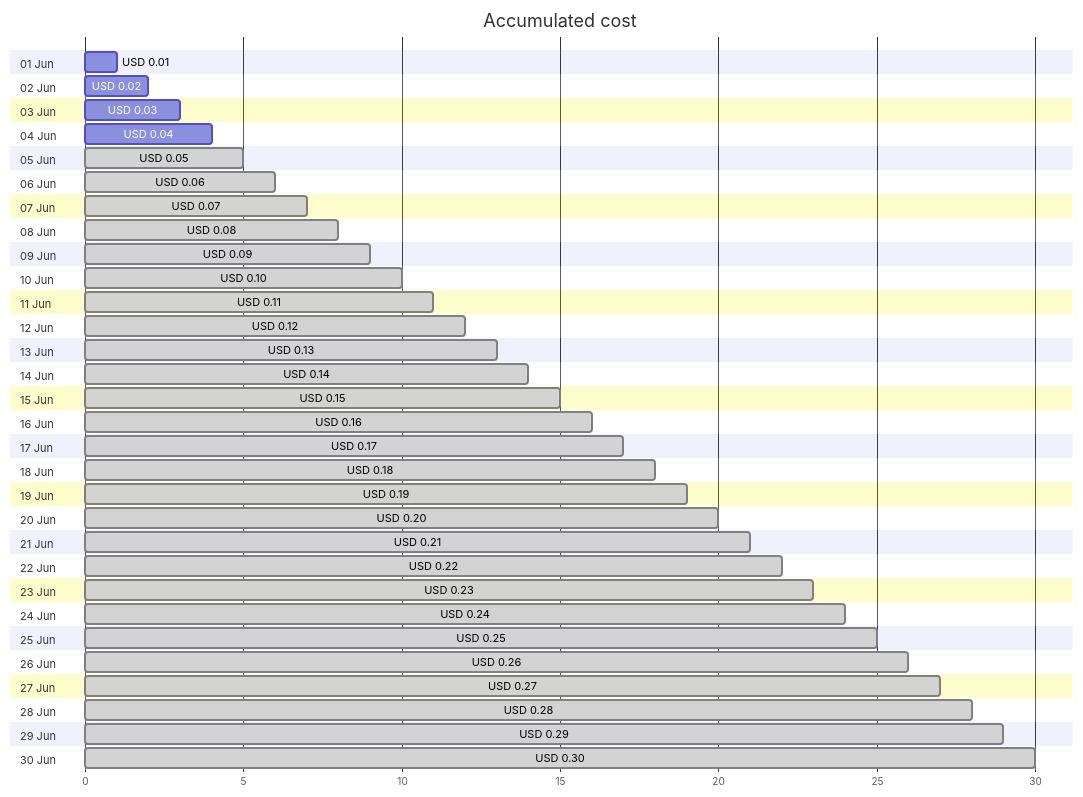
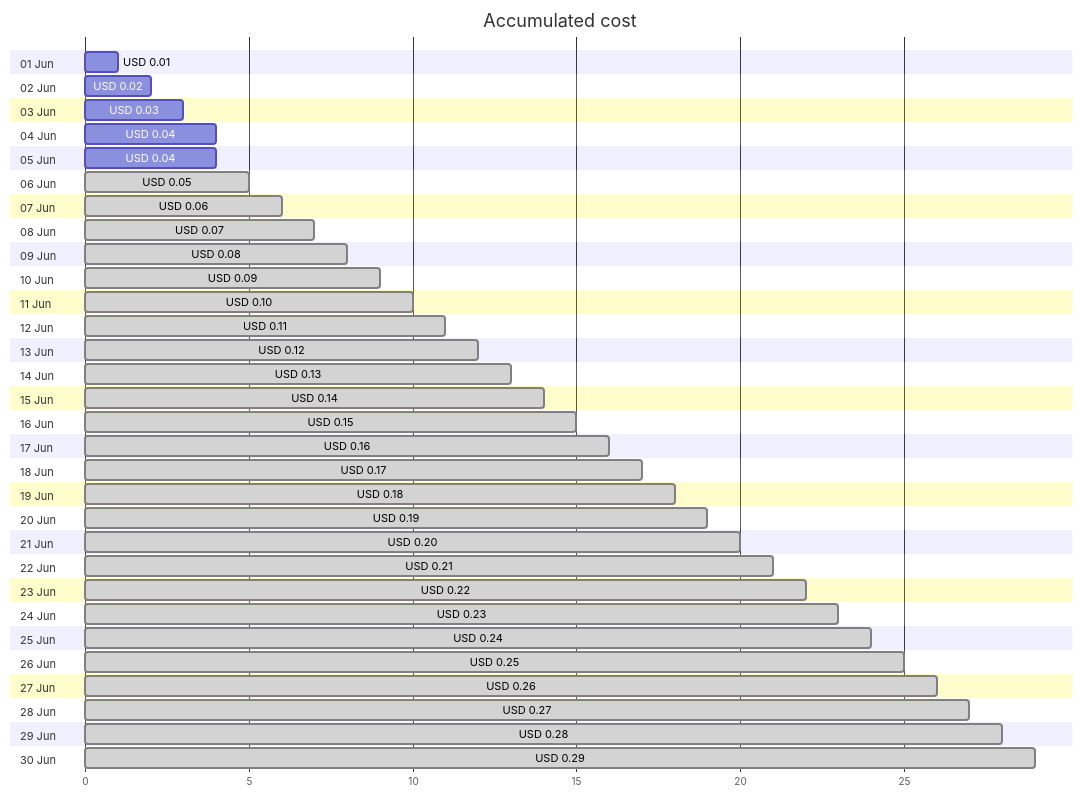
Before and after one commit to jpfulton/azure-personal-reports: the first of 4 diagrams in cost-reports/cloud-shell-storage-eastus/README.md, drawn with Mermaid. The commit also changed other lines of this file and 1 other file, not shown here.

````diff
--- a/cost-reports/cloud-shell-storage-eastus/README.md
+++ b/cost-reports/cloud-shell-storage-eastus/README.md
@@ -20,66 +20,66 @@
 ```mermaid
 gantt
    title Accumulated cost
    dateFormat  X
    axisFormat %s
    section 01 Jun
    USD 0.01 :0, 1
    section 02 Jun
    USD 0.02 :0, 2
    section 03 Jun
    USD 0.03 :0, 3
    section 04 Jun
    USD 0.04 :0, 4
    section 05 Jun
+   USD 0.04 :0, 4
+   section 06 Jun
    USD 0.05 : done, 0, 5
-   section 06 Jun
+   section 07 Jun
    USD 0.06 : done, 0, 6
-   section 07 Jun
+   section 08 Jun
    USD 0.07 : done, 0, 7
-   section 08 Jun
+   section 09 Jun
    USD 0.08 : done, 0, 8
-   section 09 Jun
+   section 10 Jun
    USD 0.09 : done, 0, 9
-   section 10 Jun
+   section 11 Jun
    USD 0.10 : done, 0, 10
-   section 11 Jun
+   section 12 Jun
    USD 0.11 : done, 0, 11
-   section 12 Jun
+   section 13 Jun
    USD 0.12 : done, 0, 12
-   section 13 Jun
+   section 14 Jun
    USD 0.13 : done, 0, 13
-   section 14 Jun
+   section 15 Jun
    USD 0.14 : done, 0, 14
-   section 15 Jun
+   section 16 Jun
    USD 0.15 : done, 0, 15
-   section 16 Jun
+   section 17 Jun
    USD 0.16 : done, 0, 16
-   section 17 Jun
+   section 18 Jun
    USD 0.17 : done, 0, 17
-   section 18 Jun
+   section 19 Jun
    USD 0.18 : done, 0, 18
-   section 19 Jun
+   section 20 Jun
    USD 0.19 : done, 0, 19
-   section 20 Jun
+   section 21 Jun
    USD 0.20 : done, 0, 20
-   section 21 Jun
+   section 22 Jun
    USD 0.21 : done, 0, 21
-   section 22 Jun
+   section 23 Jun
    USD 0.22 : done, 0, 22
-   section 23 Jun
+   section 24 Jun
    USD 0.23 : done, 0, 23
-   section 24 Jun
+   section 25 Jun
    USD 0.24 : done, 0, 24
-   section 25 Jun
+   section 26 Jun
    USD 0.25 : done, 0, 25
-   section 26 Jun
+   section 27 Jun
    USD 0.26 : done, 0, 26
-   section 27 Jun
+   section 28 Jun
    USD 0.27 : done, 0, 27
-   section 28 Jun
+   section 29 Jun
    USD 0.28 : done, 0, 28
-   section 29 Jun
+   section 30 Jun
    USD 0.29 : done, 0, 29
-   section 30 Jun
-   USD 0.30 : done, 0, 30
 ```
````
